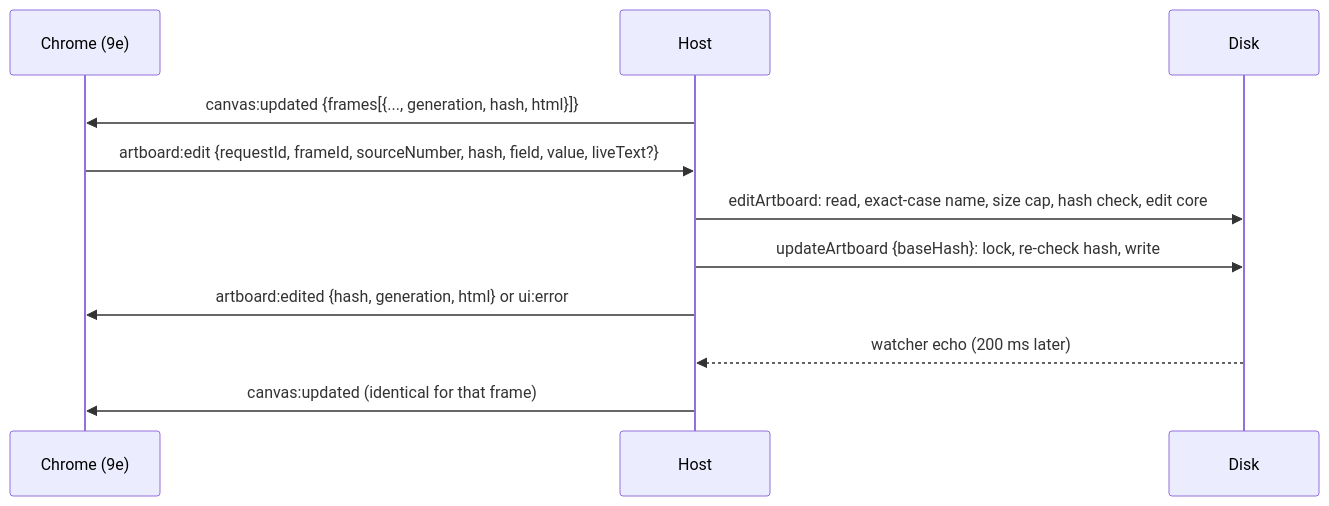
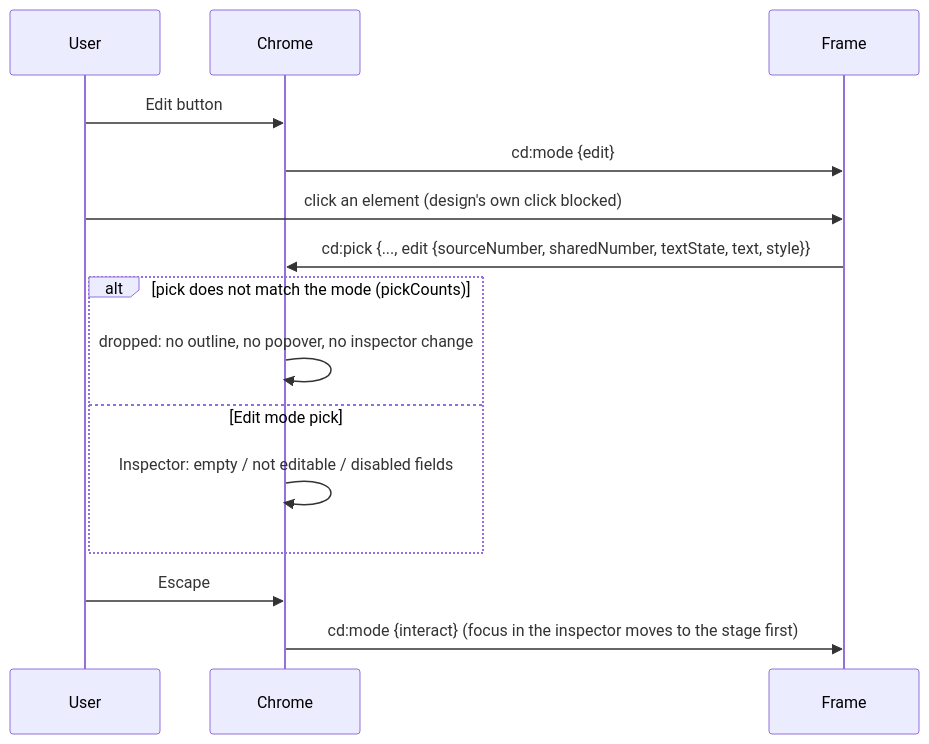
Before and after one commit to MarekBombera/cursor-design-extension: the second of 2 diagrams in blueprint/context/current-feature-overview.md, drawn with Mermaid. The commit also changed other lines of this file and 40 other files, not shown here.

First line of the commit message:
feat: 9d edit mode and element selection

````diff
--- a/blueprint/context/current-feature-overview.md
+++ b/blueprint/context/current-feature-overview.md
@@ -37,13 +27,17 @@
 ```mermaid
 sequenceDiagram
-  participant C as Chrome (9e)
-  participant H as Host
-  participant D as Disk
-  H->>C: canvas:updated {frames[{..., generation, hash, html}]}
-  C->>H: artboard:edit {requestId, frameId, sourceNumber, hash, field, value, liveText?}
-  H->>D: editArtboard: read, exact-case name, size cap, hash check, edit core
-  H->>D: updateArtboard {baseHash}: lock, re-check hash, write
-  H->>C: artboard:edited {hash, generation, html} or ui:error
-  D-->>H: watcher echo (200 ms later)
-  H->>C: canvas:updated (identical for that frame)
+  participant U as User
+  participant C as Chrome
+  participant F as Frame
+  U->>C: Edit button
+  C->>F: cd:mode {edit}
+  U->>F: click an element (design's own click blocked)
+  F->>C: cd:pick {..., edit {sourceNumber, sharedNumber, textState, text, style}}
+  alt pick does not match the mode (pickCounts)
+    C->>C: dropped: no outline, no popover, no inspector change
+  else Edit mode pick
+    C->>C: Inspector: empty / not editable / disabled fields
+  end
+  U->>C: Escape
+  C->>F: cd:mode {interact} (focus in the inspector moves to the stage first)
 ```
````
